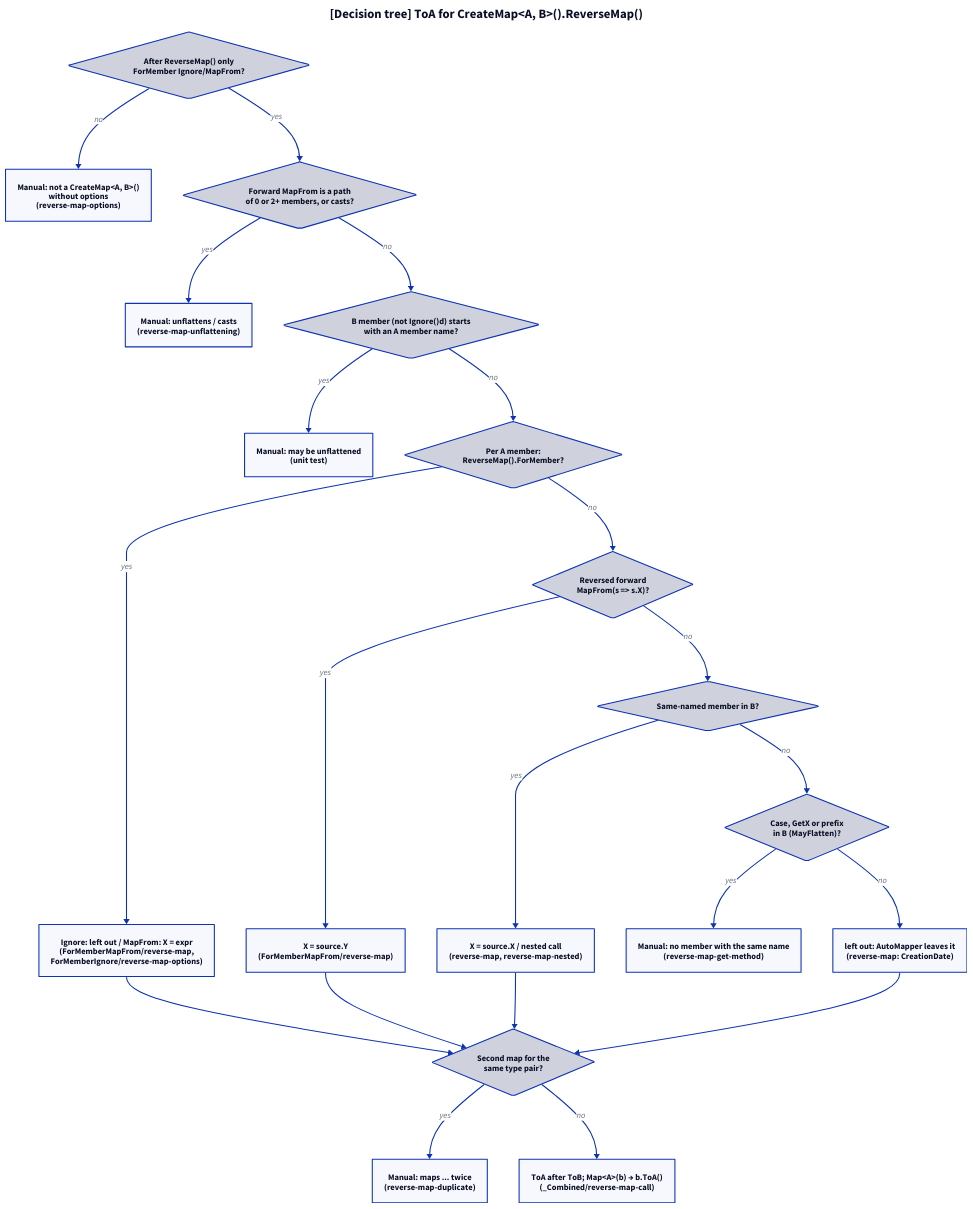
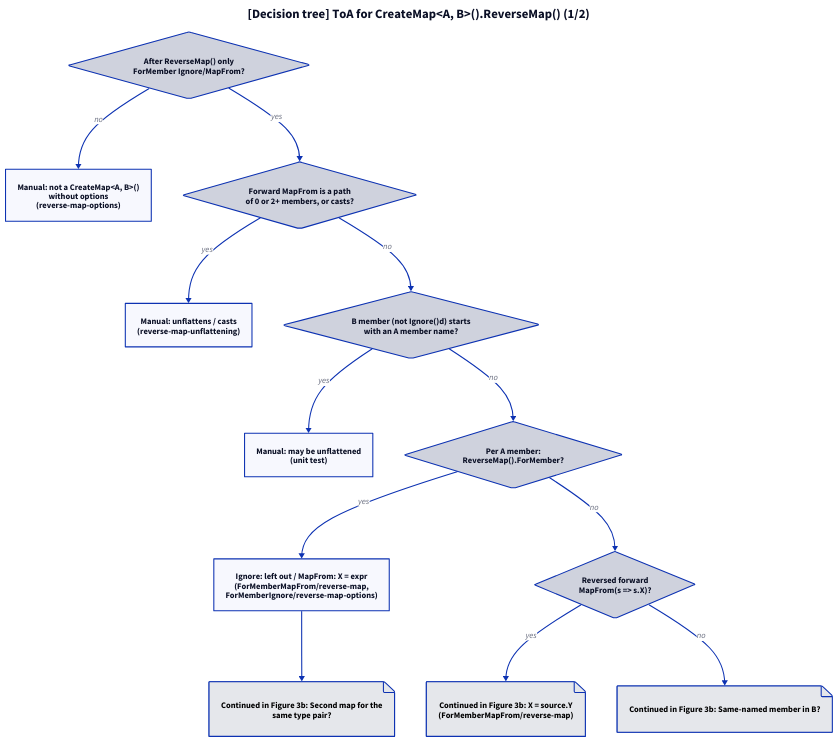
The diagram in docs/projectinfo/patterns/img/automapper-reverse-map-modellen-3.d2 (ATkingma/unshackle), drawn with D2 before and after one commit. The commit also changed 271 other files, not shown here.

```diff
--- a/docs/projectinfo/patterns/img/automapper-reverse-map-modellen-3.d2
+++ b/docs/projectinfo/patterns/img/automapper-reverse-map-modellen-3.d2
@@ -1,40 +1,25 @@
-title: "[Decision tree] ToA for CreateMap<A, B>().ReverseMap()" {shape: text; near: top-center; style: {font-size: 24; bold: true}}
+title: "[Decision tree] ToA for CreateMap<A, B>().ReverseMap() (1/2)" {shape: text; near: top-center; style: {font-size: 24; bold: true}}
 direction: down
 q0: "After ReverseMap() only\nForMember Ignore/MapFrom?" {shape: diamond}
 m0: "Manual: not a CreateMap<A, B>()\nwithout options\n(reverse-map-options)"
 q1: "Forward MapFrom is a path\nof 0 or 2+ members, or casts?" {shape: diamond}
 m1: "Manual: unflattens / casts\n(reverse-map-unflattening)"
 q2: "B member (not Ignore()d) starts\nwith an A member name?" {shape: diamond}
 m2: "Manual: may be unflattened\n(unit test)"
 q3: "Per A member:\nReverseMap().ForMember?" {shape: diamond}
 f3: "Ignore: left out / MapFrom: X = expr\n(ForMemberMapFrom/reverse-map,\nForMemberIgnore/reverse-map-options)"
 q4: "Reversed forward\nMapFrom(s => s.X)?" {shape: diamond}
-f4: "X = source.Y\n(ForMemberMapFrom/reverse-map)"
-q5: "Same-named member in B?" {shape: diamond}
-f5: "X = source.X / nested call\n(reverse-map, reverse-map-nested)"
-q6: "Case, GetX or prefix\nin B (MayFlatten)?" {shape: diamond}
-m6: "Manual: no member with the same name\n(reverse-map-get-method)"
-f6: "left out: AutoMapper leaves it\n(reverse-map: CreationDate)"
-q7: "Second map for the\nsame type pair?" {shape: diamond}
-m7: "Manual: maps ... twice\n(reverse-map-duplicate)"
-f7: "ToA after ToB; Map<A>(b) → b.ToA()\n(_Combined/reverse-map-call)"
+to_next_f4: "Continued in Figure 3b: X = source.Y\n(ForMemberMapFrom/reverse-map)" {shape: page; style: {fill: "#e5e7eb"; font-color: "#000000"}}
+to_next_q5: "Continued in Figure 3b: Same-named member in B?" {shape: page; style: {fill: "#e5e7eb"; font-color: "#000000"}}
+to_next_q7: "Continued in Figure 3b: Second map for the\nsame type pair?" {shape: page; style: {fill: "#e5e7eb"; font-color: "#000000"}}
 q0 -> m0: no
 q0 -> q1: yes
 q1 -> m1: yes
 q1 -> q2: no
 q2 -> m2: yes
 q2 -> q3: no
 q3 -> f3: yes
 q3 -> q4: no
-q4 -> f4: yes
-q4 -> q5: no
-q5 -> f5: yes
-q5 -> q6: no
-q6 -> m6: yes
-q6 -> f6: no
-f3 -> q7
-f4 -> q7
-f5 -> q7
-f6 -> q7
-q7 -> m7: yes
-q7 -> f7: no
+q4 -> to_next_f4: yes
+q4 -> to_next_q5: no
+f3 -> to_next_q7
```
